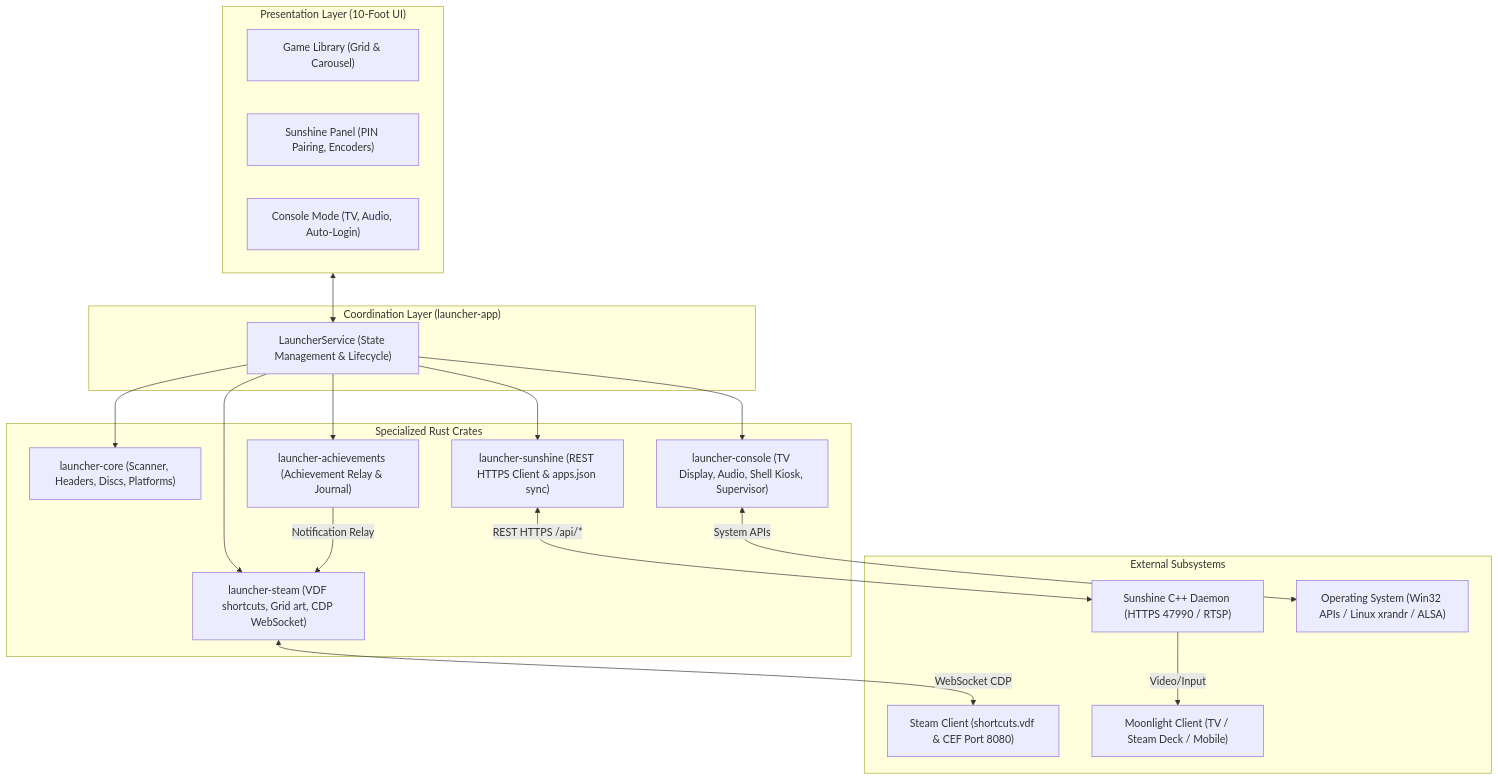
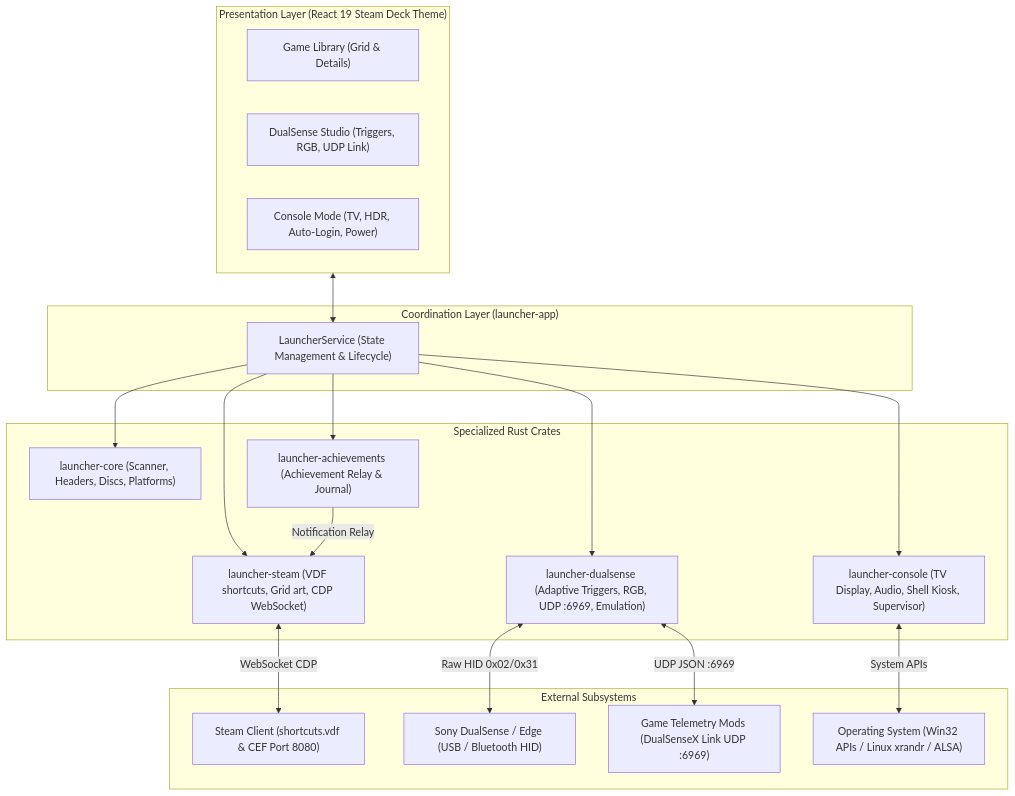
Before and after one commit to marcoswferreira/kame-house-launcher: the diagram in docs/ARCHITECTURE.md, drawn with Mermaid. The commit also changed other lines of this file and 60 other files, not shown here.

````diff
--- a/docs/ARCHITECTURE.md
+++ b/docs/ARCHITECTURE.md
@@ -15,40 +15,40 @@
 ```mermaid
 flowchart TD
-    subgraph UI["Presentation Layer (10-Foot UI)"]
-        Grid["Game Library (Grid & Carousel)"]
-        SunshineTab["Sunshine Panel (PIN Pairing, Encoders)"]
-        ConsoleTab["Console Mode (TV, Audio, Auto-Login)"]
+    subgraph UI["Presentation Layer (React 19 Steam Deck Theme)"]
+        Grid["Game Library (Grid & Details)"]
+        DualSenseTab["DualSense Studio (Triggers, RGB, UDP Link)"]
+        ConsoleTab["Console Mode (TV, HDR, Auto-Login, Power)"]
     end
 
     subgraph Service["Coordination Layer (launcher-app)"]
         LauncherService["LauncherService (State Management & Lifecycle)"]
     end
 
     subgraph CoreCrates["Specialized Rust Crates"]
         Core["launcher-core (Scanner, Headers, Discs, Platforms)"]
         Steam["launcher-steam (VDF shortcuts, Grid art, CDP WebSocket)"]
         Achiev["launcher-achievements (Achievement Relay & Journal)"]
-        Sun["launcher-sunshine (REST HTTPS Client & apps.json sync)"]
+        DualSense["launcher-dualsense (Adaptive Triggers, RGB, UDP :6969, Emulation)"]
         Console["launcher-console (TV Display, Audio, Shell Kiosk, Supervisor)"]
     end
 
     subgraph External["External Subsystems"]
         SteamClient["Steam Client (shortcuts.vdf & CEF Port 8080)"]
-        SunshineDaemon["Sunshine C++ Daemon (HTTPS 47990 / RTSP)"]
-        MoonlightClient["Moonlight Client (TV / Steam Deck / Mobile)"]
+        DualSenseHardware["Sony DualSense / Edge (USB / Bluetooth HID)"]
+        GameMods["Game Telemetry Mods (DualSenseX Link UDP :6969)"]
         OS["Operating System (Win32 APIs / Linux xrandr / ALSA)"]
     end
 
     UI <--> LauncherService
     LauncherService --> Core
     LauncherService --> Steam
     LauncherService --> Achiev
-    LauncherService --> Sun
+    LauncherService --> DualSense
     LauncherService --> Console
 
     Steam <-->|"WebSocket CDP"| SteamClient
     Achiev -->|"Notification Relay"| Steam
-    Sun <-->|"REST HTTPS /api/*"| SunshineDaemon
-    SunshineDaemon -->|"Video/Input"| MoonlightClient
+    DualSense <-->|"Raw HID 0x02/0x31"| DualSenseHardware
+    DualSense <-->|"UDP JSON :6969"| GameMods
     Console <-->|"System APIs"| OS
 ```
````
